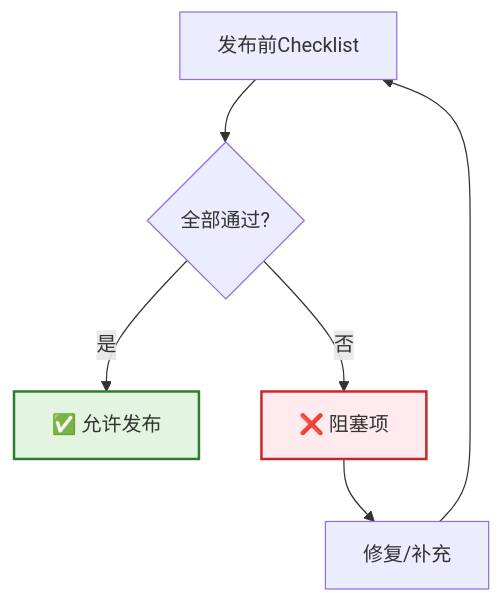
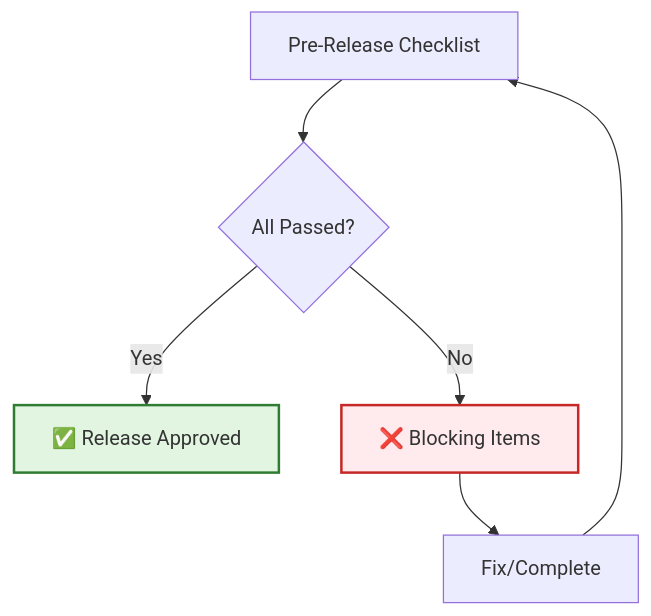
One commit to Kirky-X/cangjie changed the third of 8 diagrams in templates/产品/交付层/【模板】发布计划文档.md. Above: the diagram before and after it, drawn with Mermaid. The commit also changed other lines of this file and 46 other files, not shown here.

````diff
--- a/templates/产品/交付层/【模板】发布计划文档.md
+++ b/templates/产品/交付层/【模板】发布计划文档.md
@@ -304,11 +304,11 @@
 ```mermaid
 flowchart TD
-    A[发布前Checklist] --> B{全部通过?}
-    B -->|是| C[✅ 允许发布]
-    B -->|否| D[❌ 阻塞项]
-    D --> E[修复/补充]
+    A[Pre-Release Checklist] --> B{All Passed?}
+    B -->|Yes| C[✅ Release Approved]
+    B -->|No| D[❌ Blocking Items]
+    D --> E[Fix/Complete]
     E --> A
 
     style C fill:#e1f5e1,stroke:#2e7d32,stroke-width:2px
     style D fill:#ffebee,stroke:#c62828,stroke-width:2px
 ```
````
